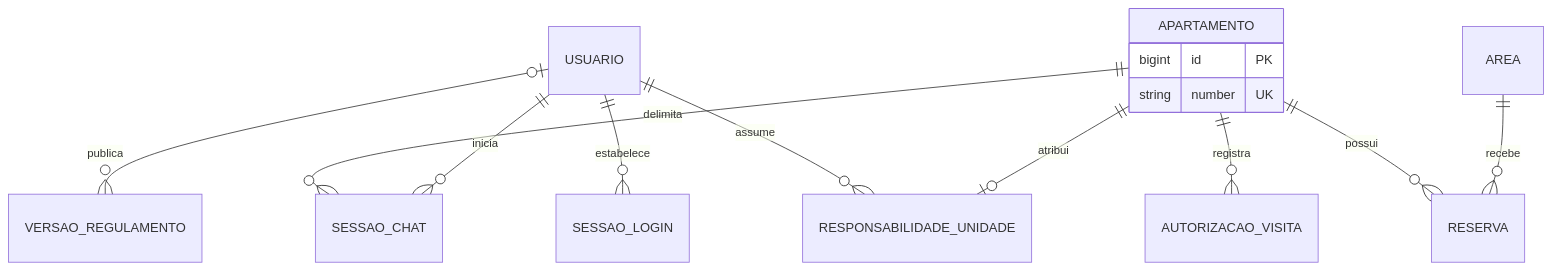
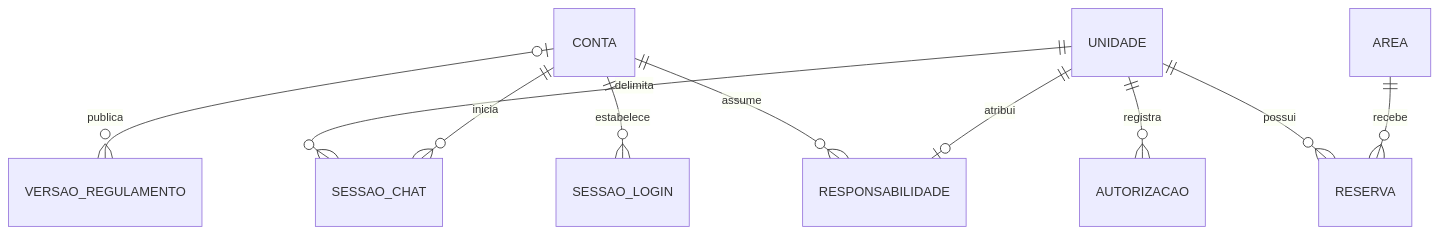
One commit to LucasBiason/mba-ia-desafio-criacao-agente changed the third of 3 diagrams in docs/design/architecture.md. Above: the diagram before and after it, drawn with Mermaid. The commit also changed other lines of this file and 229 other files, not shown here.

````diff
--- a/docs/design/architecture.md
+++ b/docs/design/architecture.md
@@ -48,16 +83,12 @@
-```mermaid
+~~~mermaid
 erDiagram
-    USUARIO ||--o{ SESSAO_LOGIN : estabelece
-    USUARIO ||--o{ RESPONSABILIDADE_UNIDADE : assume
-    APARTAMENTO ||--o| RESPONSABILIDADE_UNIDADE : atribui
-    APARTAMENTO {
-        bigint id PK
-        string number UK
-    }
-    APARTAMENTO ||--o{ RESERVA : possui
+    CONTA ||--o{ SESSAO_LOGIN : estabelece
+    CONTA ||--o{ RESPONSABILIDADE : assume
+    UNIDADE ||--o| RESPONSABILIDADE : atribui
+    UNIDADE ||--o{ RESERVA : possui
     AREA ||--o{ RESERVA : recebe
-    APARTAMENTO ||--o{ AUTORIZACAO_VISITA : registra
-    APARTAMENTO ||--o{ SESSAO_CHAT : delimita
-    USUARIO ||--o{ SESSAO_CHAT : inicia
-    USUARIO |o--o{ VERSAO_REGULAMENTO : publica
-```
+    UNIDADE ||--o{ AUTORIZACAO : registra
+    UNIDADE ||--o{ SESSAO_CHAT : delimita
+    CONTA ||--o{ SESSAO_CHAT : inicia
+    CONTA |o--o{ VERSAO_REGULAMENTO : publica
+~~~
````
